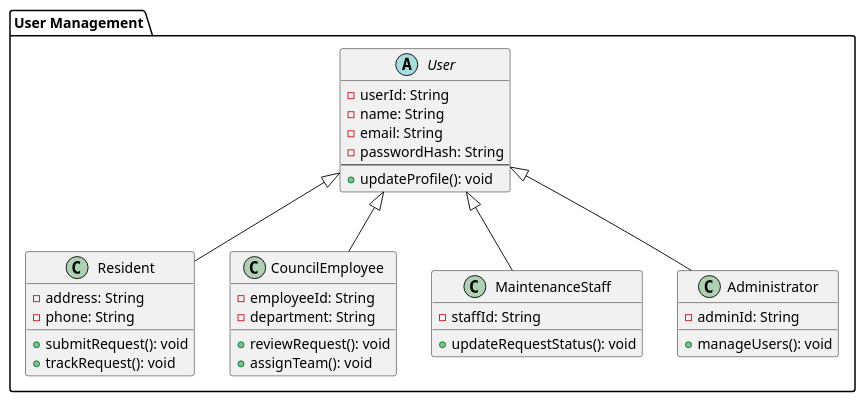
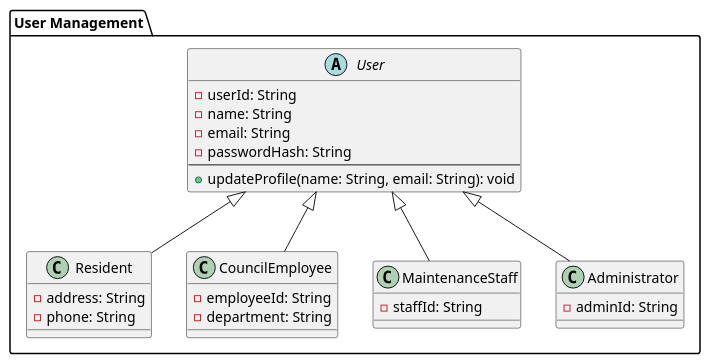
The diagram in docs/uml/modules/user-management.puml (gg-sajanbasnet/ICT602-MEL_S2_2026-1), drawn with PlantUML before and after one commit. The commit also changed 1 other file, not shown here.

Commit message:
docs(uml): refine service request domain and application service

```diff
--- a/docs/uml/modules/user-management.puml
+++ b/docs/uml/modules/user-management.puml
@@ -1,41 +1,35 @@
+
 package "User Management" {
 
   abstract class User {
     - userId: String
     - name: String
     - email: String
     - passwordHash: String
     --
-    + updateProfile(): void
+    + updateProfile(name: String, email: String): void
   }
 
   class Resident {
     - address: String
     - phone: String
-    + submitRequest(): void
-    + trackRequest(): void
   }
 
   class CouncilEmployee {
     - employeeId: String
     - department: String
-    + reviewRequest(): void
-    + assignTeam(): void
   }
 
   class MaintenanceStaff {
     - staffId: String
-    + updateRequestStatus(): void
   }
 
   class Administrator {
     - adminId: String
-    + manageUsers(): void
   }
 }
 
-' Inheritance relationships
 User <|-- Resident
 User <|-- CouncilEmployee
 User <|-- MaintenanceStaff
 User <|-- Administrator
```
